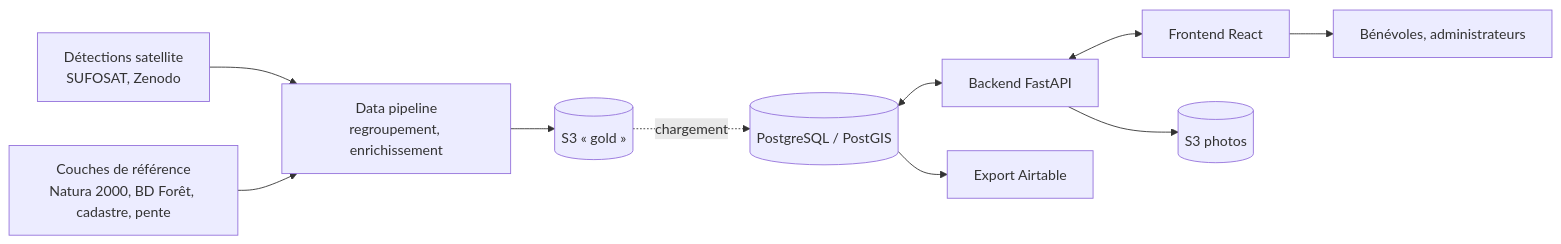
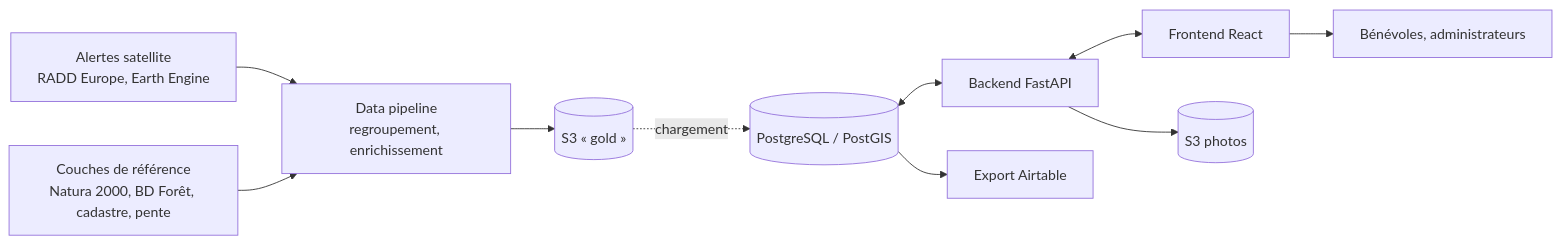
One commit to dataforgoodfr/13_brigade_coupes_rases changed the first of 3 diagrams in doc/architecture.md. Above: the diagram before and after it, drawn with Mermaid. The commit also changed 13 other files, not shown here.

First line of the commit message:
feat(pipeline): récupérer les alertes RADD depuis Earth Engine à la place de SUFOSAT (#331)

````diff
--- a/doc/architecture.md
+++ b/doc/architecture.md
@@ -7,12 +7,12 @@
 ```mermaid
 flowchart LR
-    SUFOSAT[Détections satellite<br>SUFOSAT, Zenodo] --> P[Data pipeline<br>regroupement, enrichissement]
+    RADD[Alertes satellite<br>RADD Europe, Earth Engine] --> P[Data pipeline<br>regroupement, enrichissement]
     REF[Couches de référence<br>Natura 2000, BD Forêt, cadastre, pente] --> P
     P --> S3[(S3 « gold »)]
     S3 -. chargement .-> DB[(PostgreSQL / PostGIS)]
     DB <--> API[Backend FastAPI]
     API <--> FRONT[Frontend React]
     FRONT --> V[Bénévoles, administrateurs]
     API --> PHOTOS[(S3 photos)]
     DB --> AT[Export Airtable]
 ```
````
